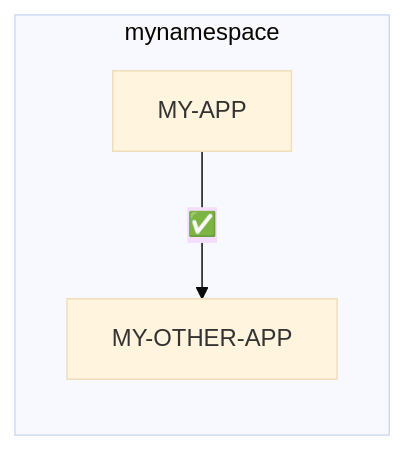
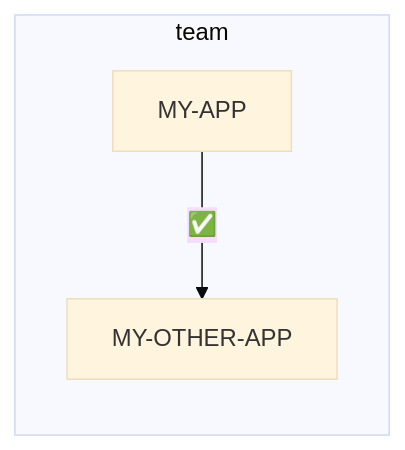
One commit to nais/doc changed the third of 5 diagrams in docs/workloads/how-to/access-policies.md. Above: the diagram before and after it, drawn with Mermaid (base theme). The commit also changed other lines of this file and 8 other files, not shown here.

````diff
--- a/docs/workloads/how-to/access-policies.md
+++ b/docs/workloads/how-to/access-policies.md
@@ -109,12 +113,12 @@
     ```mermaid
     graph LR
-      accTitle: Send requests to other app in the same namespace
-      accDescr: The diagram shows two applications in the same namespace, <MY-APP> and <MY-OTHER-APP>. Application <MY-APP> is allowed to send requests to <MY-OTHER-APP>.
+      accTitle: Send requests to another app in the same team
+      accDescr: The diagram shows two applications in the same team, MY-APP and MY-OTHER-APP. Application MY-APP is allowed to send requests to MY-OTHER-APP.
 
       MY-APP--"✅"-->MY-OTHER-APP
 
-      subgraph mynamespace
+      subgraph team
         MY-APP
         MY-OTHER-APP
       end
     ```
````
